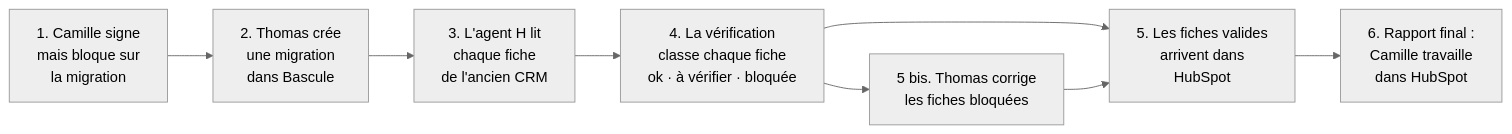
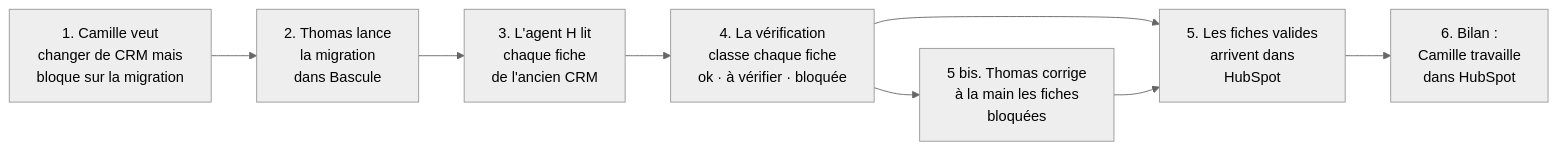
One commit to saponealexis1-netizen/Projet_hackathon changed the diagram in docs/parcours/parcours-utilisateur.md. Above: the diagram before and after it, drawn with Mermaid (neutral theme). The commit also changed other lines of this file and 3 other files, not shown here.

Commit message:
docs(checkpoint-2): parcours final, roadmap et script du Loom

````diff
--- a/docs/parcours/parcours-utilisateur.md
+++ b/docs/parcours/parcours-utilisateur.md
@@ -19,10 +19,10 @@
 ```mermaid
 flowchart LR
-    A["1. Camille signe<br/>mais bloque sur<br/>la migration"] --> B["2. Thomas crée<br/>une migration<br/>dans Bascule"]
+    A["1. Camille veut<br/>changer de CRM mais<br/>bloque sur la migration"] --> B["2. Thomas lance<br/>la migration<br/>dans Bascule"]
     B --> C["3. L'agent H lit<br/>chaque fiche<br/>de l'ancien CRM"]
     C --> D["4. La vérification<br/>classe chaque fiche<br/>ok · à vérifier · bloquée"]
     D --> E["5. Les fiches valides<br/>arrivent dans<br/>HubSpot"]
-    D --> F["5 bis. Thomas corrige<br/>les fiches bloquées"]
+    D --> F["5 bis. Thomas corrige<br/>à la main les fiches<br/>bloquées"]
     F --> E
-    E --> G["6. Rapport final :<br/>Camille travaille<br/>dans HubSpot"]
+    E --> G["6. Bilan :<br/>Camille travaille<br/>dans HubSpot"]
 ```
````
